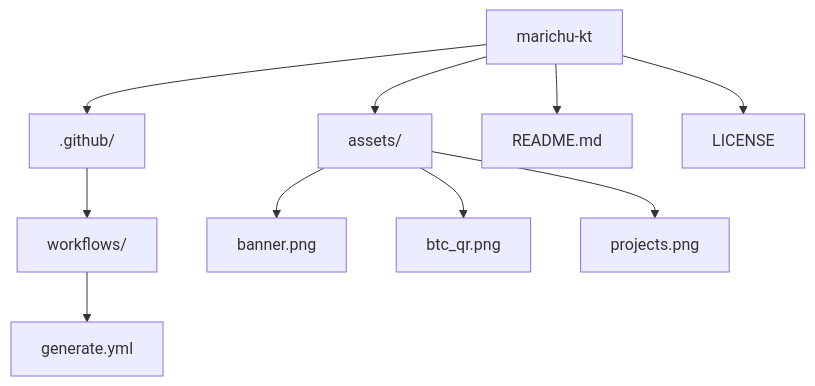
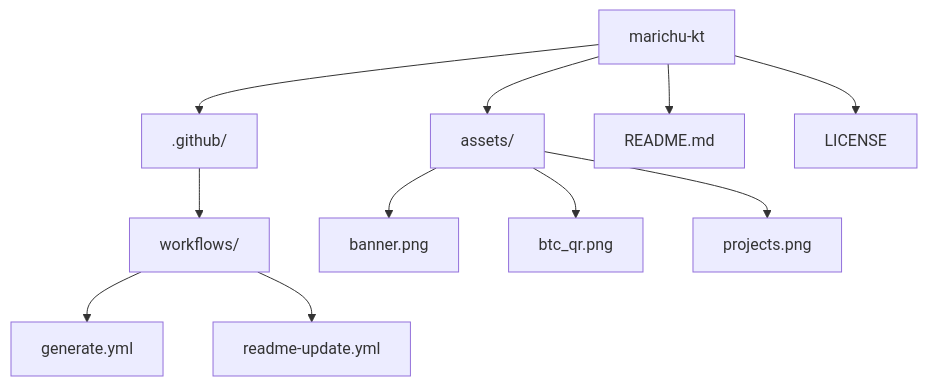
The diagram in README.md (marichu-kt/marichu-kt), drawn with Mermaid before and after one commit.

````diff
--- a/README.md
+++ b/README.md
@@ -126,12 +126,13 @@
 ```mermaid
 graph TD
   A[marichu-kt] --> B[.github/]
   B --> C[workflows/]
   C --> D[generate.yml]
+  C --> K[readme-update.yml]
   A --> E[assets/]
   E --> F[banner.png]
   E --> I[btc_qr.png]
   E --> J[projects.png]
   A --> G[README.md]
   A --> H[LICENSE]
 ```
````
